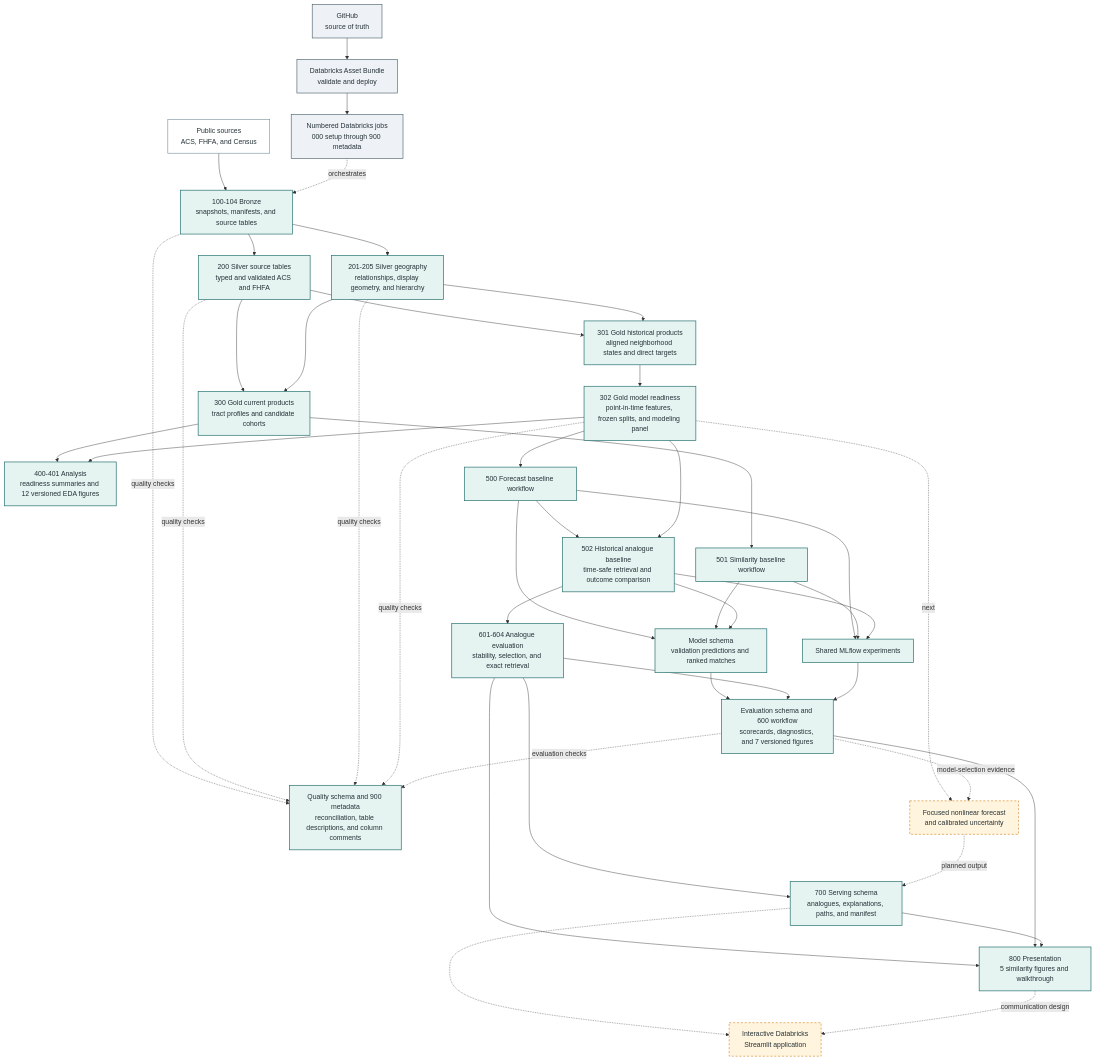
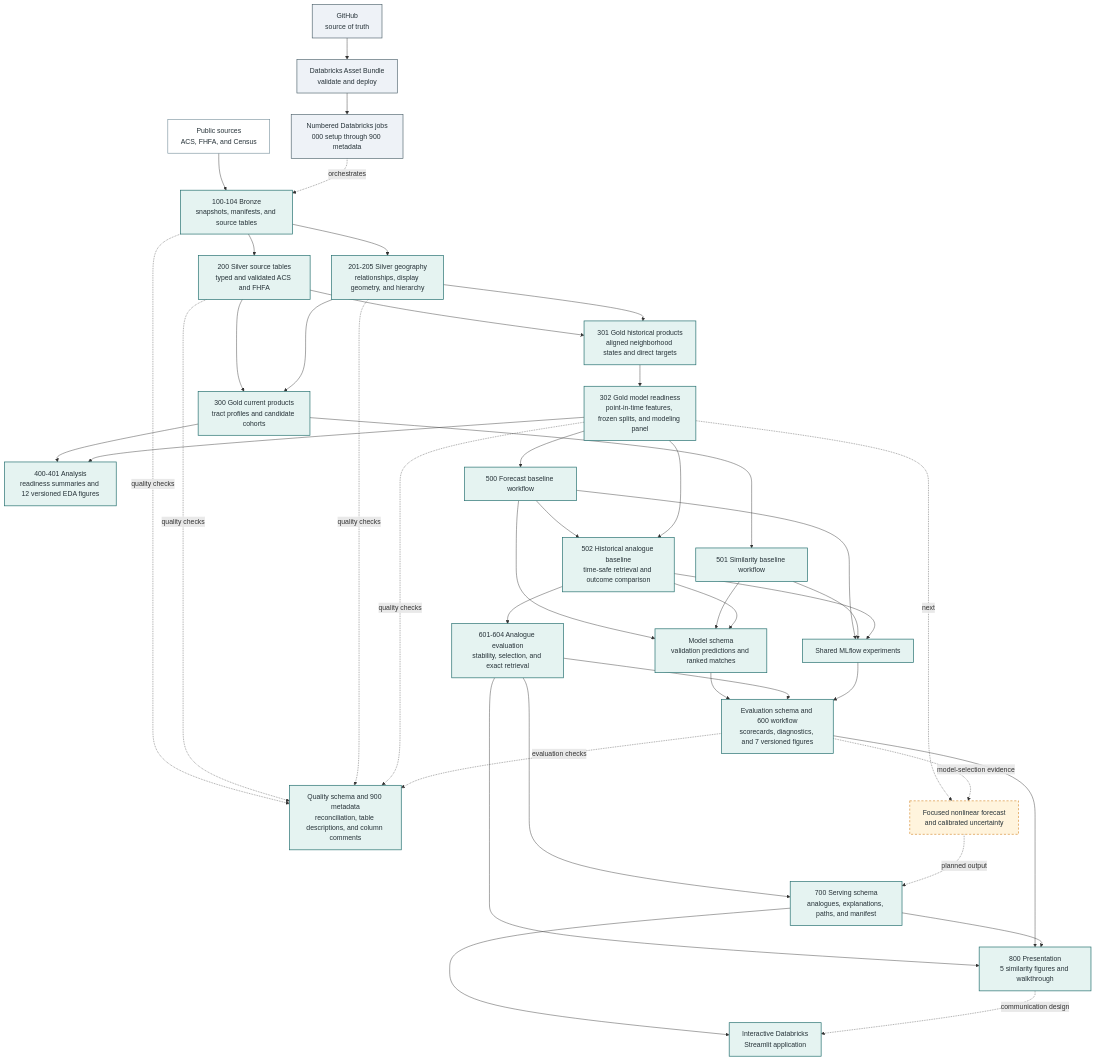
One commit to n-tamm/neighborhood-digital-twin changed the diagram in README.md. Above: the diagram before and after it, drawn with Mermaid. The commit also changed other lines of this file and 12 other files, not shown here.

````diff
--- a/README.md
+++ b/README.md
@@ -54,60 +54,60 @@
 ```mermaid
 flowchart TB
     GIT["GitHub<br/>source of truth"] --> DAB["Databricks Asset Bundle<br/>validate and deploy"]
     DAB --> JOBS["Numbered Databricks jobs<br/>000 setup through 900 metadata"]
 
     SRC["Public sources<br/>ACS, FHFA, and Census"] --> B["100-104 Bronze<br/>snapshots, manifests, and source tables"]
     JOBS -.->|orchestrates| B
 
     B --> SS["200 Silver source tables<br/>typed and validated ACS and FHFA"]
     B --> SG["201-205 Silver geography<br/>relationships, display geometry, and hierarchy"]
 
     SS --> GC["300 Gold current products<br/>tract profiles and candidate cohorts"]
     SG --> GC
     SS --> GH["301 Gold historical products<br/>aligned neighborhood states and direct targets"]
     SG --> GH
     GH --> GR["302 Gold model readiness<br/>point-in-time features, frozen splits, and modeling panel"]
 
     GC --> EDA["400-401 Analysis<br/>readiness summaries and 12 versioned EDA figures"]
     GR --> EDA
 
     GR --> FM["500 Forecast baseline workflow"]
     GC --> SM["501 Similarity baseline workflow"]
     FM --> HA["502 Historical analogue baseline<br/>time-safe retrieval and outcome comparison"]
     GR --> HA
     FM --> MO["Model schema<br/>validation predictions and ranked matches"]
     SM --> MO
     HA --> MO
     HA --> AR["601-604 Analogue evaluation<br/>stability, selection, and exact retrieval"]
     FM --> MLF["Shared MLflow experiments"]
     SM --> MLF
     HA --> MLF
     MO --> EV["Evaluation schema and 600 workflow<br/>scorecards, diagnostics, and 7 versioned figures"]
     AR --> EV
     MLF --> EV
 
     B -.->|quality checks| QM["Quality schema and 900 metadata<br/>reconciliation, table descriptions, and column comments"]
     SS -.->|quality checks| QM
     SG -.->|quality checks| QM
     GR -.->|quality checks| QM
     EV -.->|evaluation checks| QM
 
     GR -.->|next| NF["Focused nonlinear forecast<br/>and calibrated uncertainty"]
     EV -.->|model-selection evidence| NF
     AR --> SV["700 Serving schema<br/>analogues, explanations, paths, and manifest"]
     AR --> PR["800 Presentation<br/>5 similarity figures and walkthrough"]
     EV --> PR
     SV --> PR
     NF -.->|planned output| SV
-    SV -.-> APP["Interactive Databricks<br/>Streamlit application"]
+    SV --> APP["Interactive Databricks<br/>Streamlit application"]
     PR -.->|communication design| APP
 
     classDef control fill:#EEF2F7,stroke:#455A64,color:#263238,stroke-width:1.4px;
     classDef source fill:#FFFFFF,stroke:#78909C,color:#263238,stroke-width:1.4px;
     classDef implemented fill:#E5F3F1,stroke:#287271,color:#263238,stroke-width:1.6px;
     classDef planned fill:#FFF4DD,stroke:#D99035,color:#263238,stroke-width:1.5px,stroke-dasharray:5 4;
     class GIT,DAB,JOBS control;
     class SRC source;
-    class B,SS,SG,GC,GH,GR,EDA,FM,SM,HA,AR,MO,MLF,EV,QM,SV,PR implemented;
-    class NF,APP planned;
+    class B,SS,SG,GC,GH,GR,EDA,FM,SM,HA,AR,MO,MLF,EV,QM,SV,PR,APP implemented;
+    class NF planned;
 ```
````
